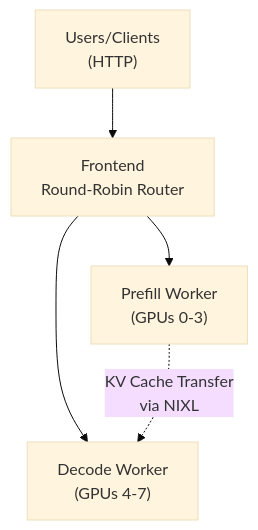
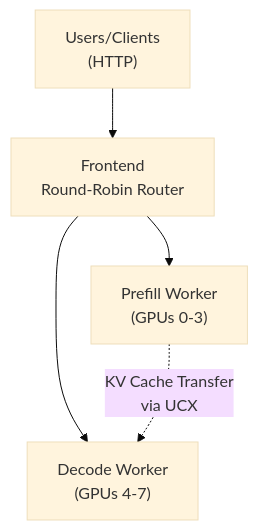
One commit to ai-dynamo/dynamo changed the diagram in components/backends/trtllm/gpt-oss.md. Above: the diagram before and after it, drawn with Mermaid (base theme). The commit also changed other lines of this file, not shown here.

````diff
--- a/components/backends/trtllm/gpt-oss.md
+++ b/components/backends/trtllm/gpt-oss.md
@@ -281,8 +333,8 @@
 ```mermaid
 flowchart TD
     Client["Users/Clients<br/>(HTTP)"] --> Frontend["Frontend<br/>Round-Robin Router"]
     Frontend --> Prefill["Prefill Worker<br/>(GPUs 0-3)"]
     Frontend --> Decode["Decode Worker<br/>(GPUs 4-7)"]
 
-    Prefill -.->|KV Cache Transfer<br/>via NIXL| Decode
+    Prefill -.->|KV Cache Transfer<br/>via UCX| Decode
 ```
````
